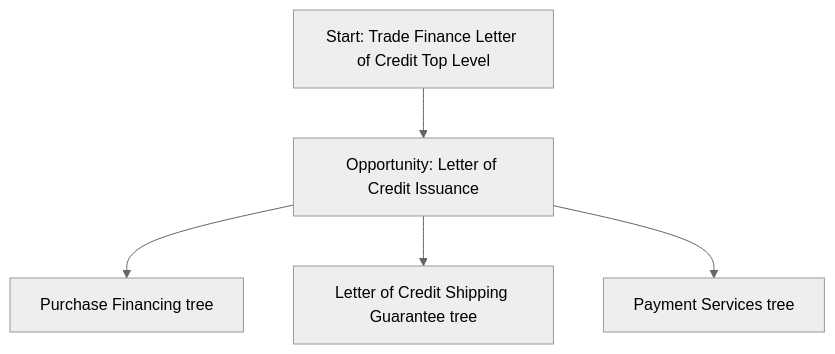
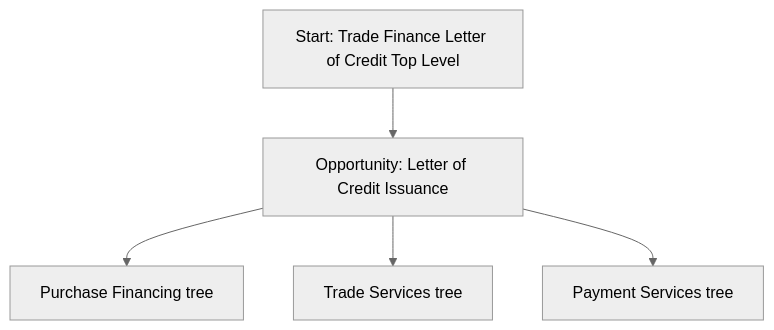
Before and after one commit to sage-develop/why: the diagram in tvc_decision_trees/lc_decision_trees/top_level_tree.md, drawn with Mermaid (neutral theme). The commit also changed other lines of this file and 3 other files, not shown here.

Commit message:
update Shipping guarantee tree to be Payment services

````diff
--- a/tvc_decision_trees/lc_decision_trees/top_level_tree.md
+++ b/tvc_decision_trees/lc_decision_trees/top_level_tree.md
@@ -13,10 +13,10 @@
 ```mermaid
 %% Trade Finance Letter of Credit - Top Level Decision Tree
 
 flowchart TD
     A[Start: Trade Finance Letter of Credit Top Level]
     A --> B[Opportunity: Letter of Credit Issuance]
     B --> C[Purchase Financing tree]
-    B --> D[Letter of Credit Shipping Guarantee tree]
+    B --> D[Trade Services tree]
     B --> E[Payment Services tree]
 ```
````
